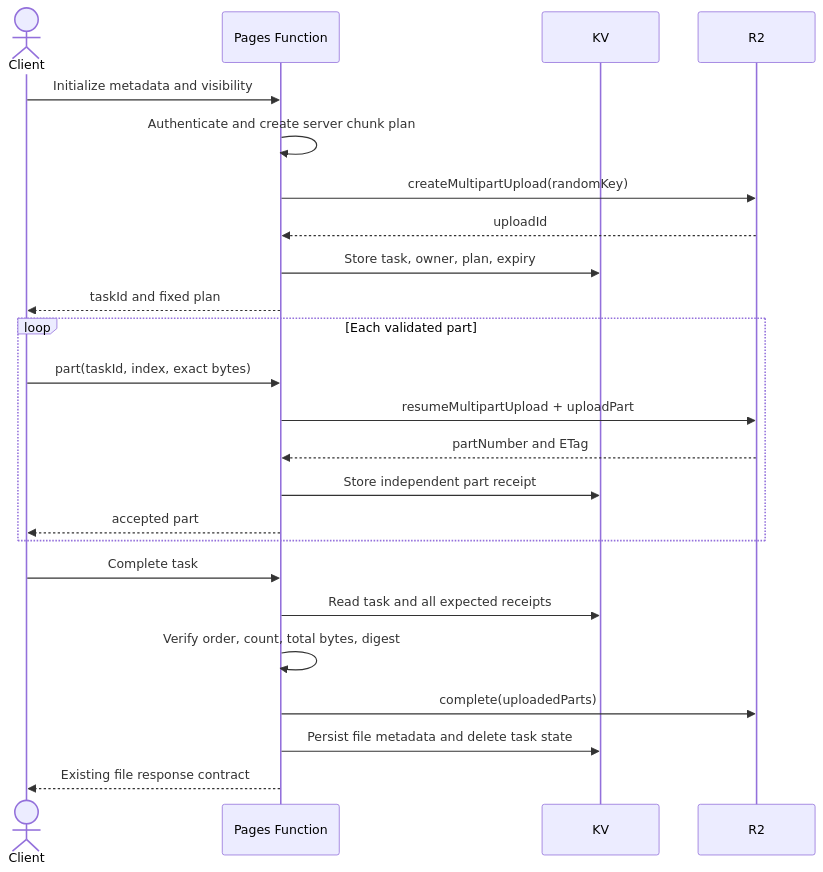
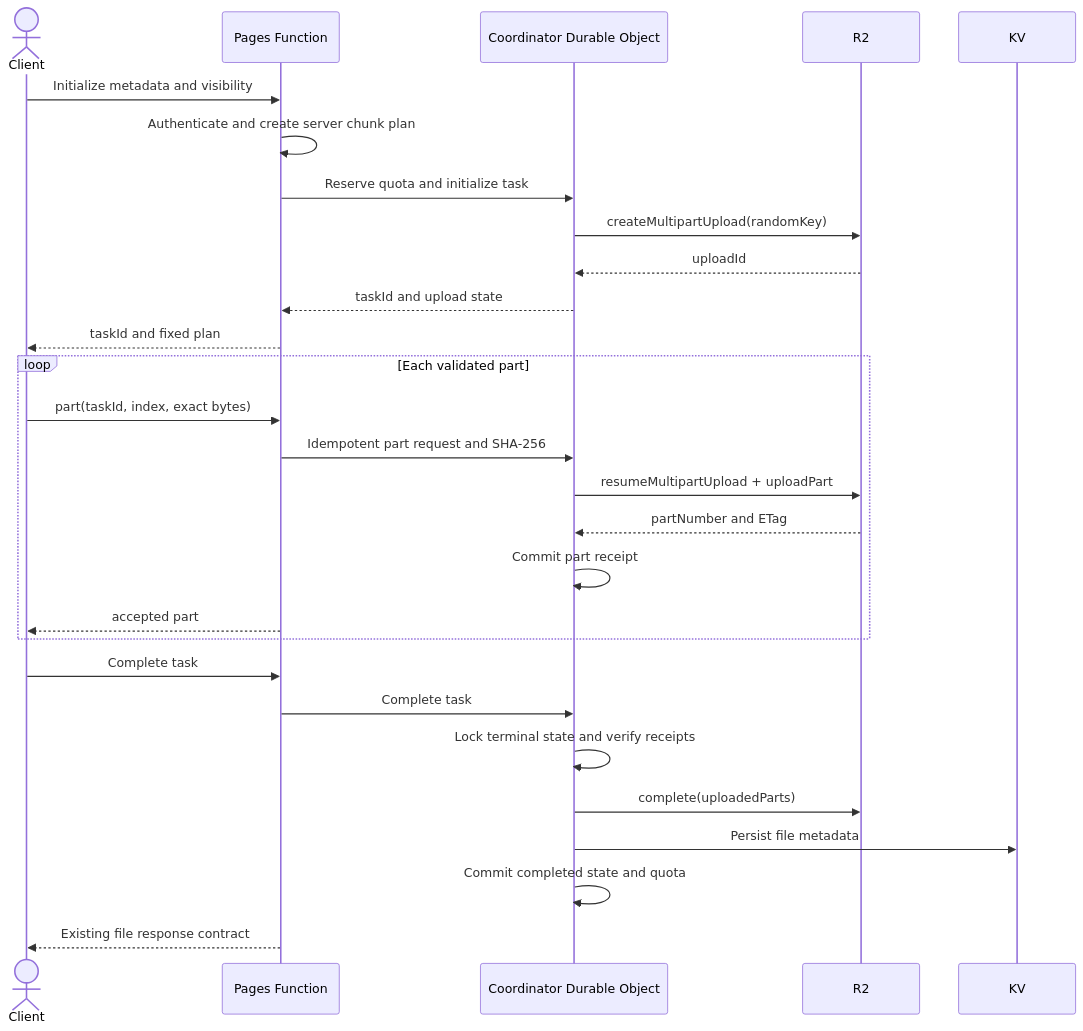
The second of 2 diagrams in docs/superpowers/specs/2026-07-13-security-upgrade-phase-two-design.md (Seraph-x/Seraph-Pictures), drawn with Mermaid before and after one commit. The commit also changed other lines of this file, not shown here.

````diff
--- a/docs/superpowers/specs/2026-07-13-security-upgrade-phase-two-design.md
+++ b/docs/superpowers/specs/2026-07-13-security-upgrade-phase-two-design.md
@@ -153,29 +166,33 @@
 ```mermaid
 sequenceDiagram
   actor Client
   participant API as Pages Function
+  participant DO as Coordinator Durable Object
+  participant R2
   participant KV
-  participant R2
 
   Client->>API: Initialize metadata and visibility
   API->>API: Authenticate and create server chunk plan
-  API->>R2: createMultipartUpload(randomKey)
-  R2-->>API: uploadId
-  API->>KV: Store task, owner, plan, expiry
+  API->>DO: Reserve quota and initialize task
+  DO->>R2: createMultipartUpload(randomKey)
+  R2-->>DO: uploadId
+  DO-->>API: taskId and upload state
   API-->>Client: taskId and fixed plan
 
   loop Each validated part
     Client->>API: part(taskId, index, exact bytes)
-    API->>R2: resumeMultipartUpload + uploadPart
-    R2-->>API: partNumber and ETag
-    API->>KV: Store independent part receipt
+    API->>DO: Idempotent part request and SHA-256
+    DO->>R2: resumeMultipartUpload + uploadPart
+    R2-->>DO: partNumber and ETag
+    DO->>DO: Commit part receipt
     API-->>Client: accepted part
   end
 
   Client->>API: Complete task
-  API->>KV: Read task and all expected receipts
-  API->>API: Verify order, count, total bytes, digest
-  API->>R2: complete(uploadedParts)
-  API->>KV: Persist file metadata and delete task state
+  API->>DO: Complete task
+  DO->>DO: Lock terminal state and verify receipts
+  DO->>R2: complete(uploadedParts)
+  DO->>KV: Persist file metadata
+  DO->>DO: Commit completed state and quota
   API-->>Client: Existing file response contract
 ```
````
